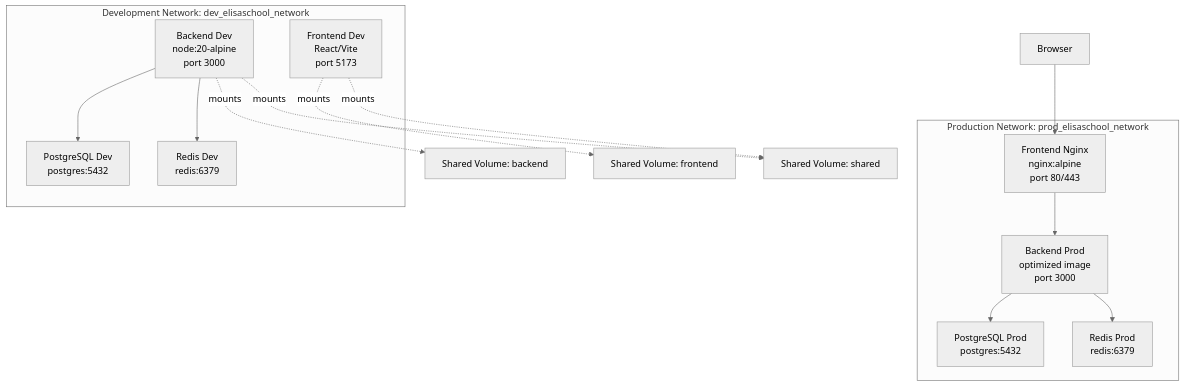
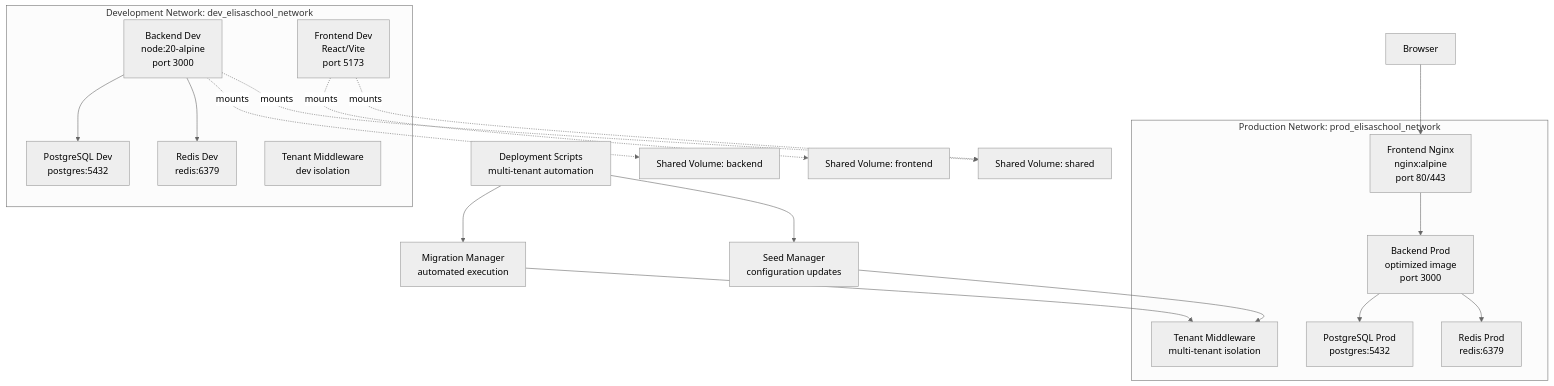
One commit to franckylab/eLISAschool changed the second of 5 diagrams in .qoder/repowiki/en/content/Deployment & Docker Configuration.md. Above: the diagram before and after it, drawn with Mermaid (neutral theme). The commit also changed other lines of this file and 281 other files, not shown here.

````diff
--- a/.qoder/repowiki/en/content/Deployment & Docker Configuration.md
+++ b/.qoder/repowiki/en/content/Deployment & Docker Configuration.md
@@ -101,29 +130,38 @@
 ```mermaid
 graph TB
 subgraph "Development Network: dev_elisaschool_network"
 PostgresDev["PostgreSQL Dev<br/>postgres:5432"]
 RedisDev["Redis Dev<br/>redis:6379"]
 BackendDev["Backend Dev<br/>node:20-alpine<br/>port 3000"]
 FrontendDev["Frontend Dev<br/>React/Vite<br/>port 5173"]
+TenantMiddlewareDev["Tenant Middleware<br/>dev isolation"]
 end
 subgraph "Production Network: prod_elisaschool_network"
 PostgresProd["PostgreSQL Prod<br/>postgres:5432"]
 RedisProd["Redis Prod<br/>redis:6379"]
 BackendProd["Backend Prod<br/>optimized image<br/>port 3000"]
 FrontendNginx["Frontend Nginx<br/>nginx:alpine<br/>port 80/443"]
+TenantMiddlewareProd["Tenant Middleware<br/>multi-tenant isolation"]
 end
 Browser["Browser"]
 DevVolB["Shared Volume: backend"]
 DevVolF["Shared Volume: frontend"]
 DevVolS["Shared Volume: shared"]
+DeployScripts["Deployment Scripts<br/>multi-tenant automation"]
+MigrationMgr["Migration Manager<br/>automated execution"]
+SeedMgr["Seed Manager<br/>configuration updates"]
 Browser --> FrontendNginx
 FrontendNginx --> BackendProd
 BackendProd --> PostgresProd
 BackendProd --> RedisProd
 BackendDev --> PostgresDev
 BackendDev --> RedisDev
 FrontendDev -. mounts .-> DevVolF
 FrontendDev -. mounts .-> DevVolS
 BackendDev -. mounts .-> DevVolB
 BackendDev -. mounts .-> DevVolS
+DeployScripts --> MigrationMgr
+DeployScripts --> SeedMgr
+MigrationMgr --> TenantMiddlewareProd
+SeedMgr --> TenantMiddlewareProd
 ```
````
